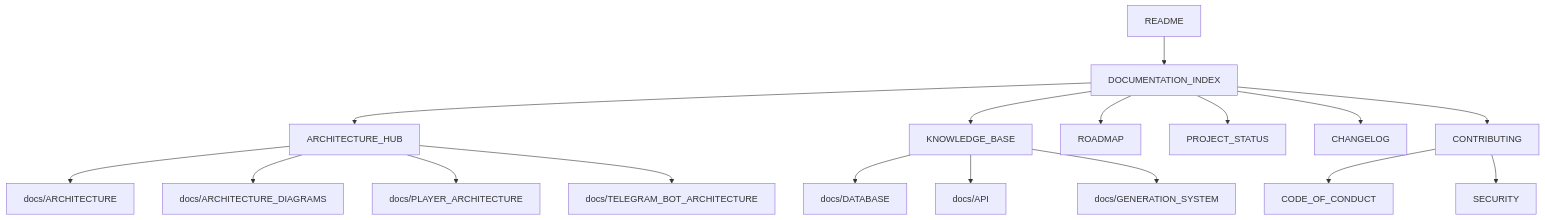
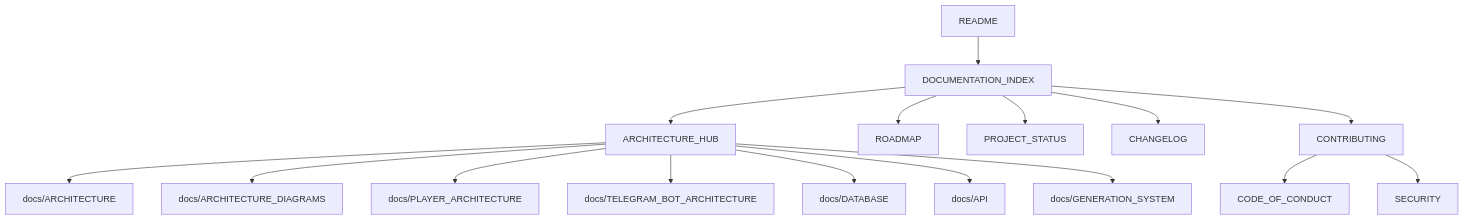
Before and after one commit to HOW2AI-AGENCY/aimusicverse: the second of 2 diagrams in DOCUMENTATION_INDEX.md, drawn with Mermaid. The commit also changed other lines of this file and 12 other files, not shown here.

````diff
--- a/DOCUMENTATION_INDEX.md
+++ b/DOCUMENTATION_INDEX.md
@@ -176,19 +176,18 @@
 ```mermaid
 graph TD
     README --> INDEX[DOCUMENTATION_INDEX]
     INDEX --> HUB[ARCHITECTURE_HUB]
-    INDEX --> KB[KNOWLEDGE_BASE]
     HUB --> ARCH[docs/ARCHITECTURE]
     HUB --> DIAG[docs/ARCHITECTURE_DIAGRAMS]
     HUB --> PLAYER[docs/PLAYER_ARCHITECTURE]
     HUB --> BOT[docs/TELEGRAM_BOT_ARCHITECTURE]
-    KB --> DB[docs/DATABASE]
-    KB --> API[docs/API]
-    KB --> GEN[docs/GENERATION_SYSTEM]
+    HUB --> DB[docs/DATABASE]
+    HUB --> API[docs/API]
+    HUB --> GEN[docs/GENERATION_SYSTEM]
     INDEX --> ROAD[ROADMAP]
     INDEX --> STATUS[PROJECT_STATUS]
     INDEX --> CHANGE[CHANGELOG]
     INDEX --> CONTRIB[CONTRIBUTING]
     CONTRIB --> COC[CODE_OF_CONDUCT]
     CONTRIB --> SEC[SECURITY]
 ```
````
